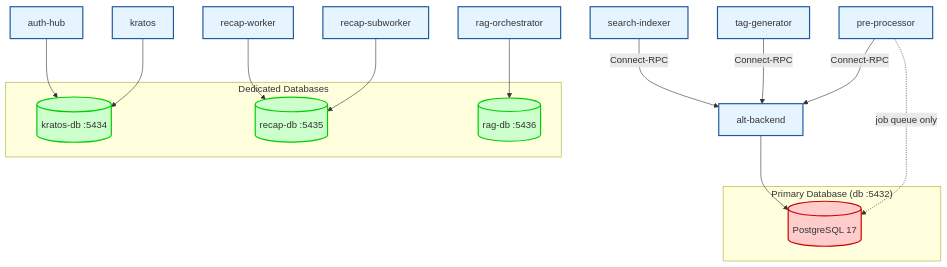
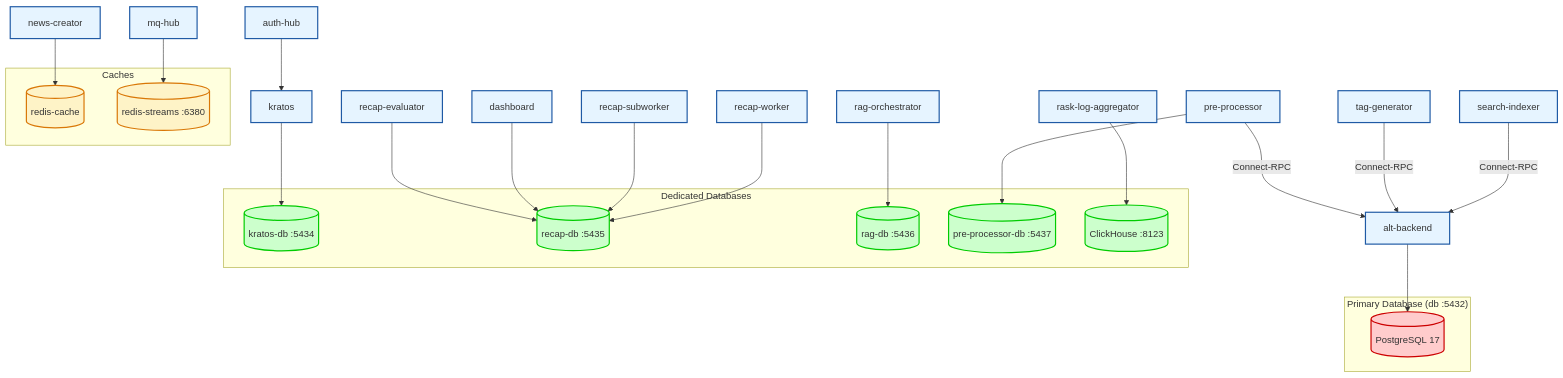
The tenth of 12 diagrams in README.md (Kaikei-e/Alt), drawn with Mermaid before and after one commit. The commit also changed other lines of this file, not shown here.

First line of the commit message:
docs(architecture): update README with new service components and flow adjustments

````diff
--- a/README.md
+++ b/README.md
@@ -652,30 +699,42 @@
 ```mermaid
 flowchart TD
     classDef shared fill:#ffcccc,stroke:#cc0000,stroke-width:2px
     classDef dedicated fill:#ccffcc,stroke:#00cc00,stroke-width:2px
     classDef service fill:#e6f4ff,stroke:#1f5aa5,stroke-width:2px
+    classDef cache fill:#fef3c7,stroke:#d97706,stroke-width:2px
 
     subgraph "Primary Database (db :5432)"
         DB[(PostgreSQL 17)]:::shared
     end
 
     subgraph "Dedicated Databases"
         KratosDB[(kratos-db :5434)]:::dedicated
         RecapDB[(recap-db :5435)]:::dedicated
         RagDB[(rag-db :5436)]:::dedicated
+        PPDB[(pre-processor-db :5437)]:::dedicated
+        CH[(ClickHouse :8123)]:::dedicated
+    end
+
+    subgraph "Caches"
+        RedisCache[(redis-cache)]:::cache
+        RedisStreams[(redis-streams :6380)]:::cache
     end
 
     Backend[alt-backend]:::service --> DB
-    PreProc[pre-processor]:::service -.->|job queue only| DB
+    PreProc[pre-processor]:::service --> PPDB
     SearchIdx[search-indexer]:::service -->|Connect-RPC| Backend
     TagGen[tag-generator]:::service -->|Connect-RPC| Backend
     PreProc -->|Connect-RPC| Backend
 
-    AuthHub[auth-hub]:::service --> KratosDB
-    Kratos[kratos]:::service --> KratosDB
+    AuthHub[auth-hub]:::service --> Kratos[kratos]:::service --> KratosDB
 
     RecapWorker[recap-worker]:::service --> RecapDB
     RecapSub[recap-subworker]:::service --> RecapDB
+    Dash[dashboard]:::service --> RecapDB
+    REval[recap-evaluator]:::service --> RecapDB
 
     RagOrch[rag-orchestrator]:::service --> RagDB
+    RaskAgg[rask-log-aggregator]:::service --> CH
+    NC[news-creator]:::service --> RedisCache
+    MQHub[mq-hub]:::service --> RedisStreams
 ```
````
